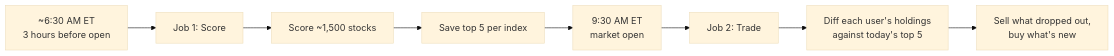
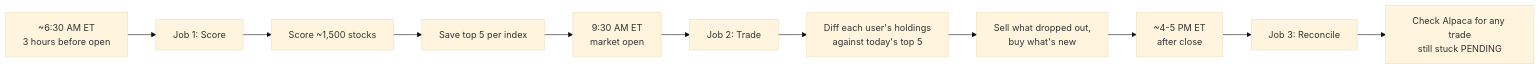
One commit to shivam-tamboli/momentum-trading-system changed the second of 5 diagrams in ARCHITECTURE.md. Above: the diagram before and after it, drawn with Mermaid (base theme). The commit also changed other lines of this file and 1 other file, not shown here.

Commit message:
docs: update README and ARCHITECTURE with latest changes

````diff
--- a/ARCHITECTURE.md
+++ b/ARCHITECTURE.md
@@ -27,10 +27,13 @@
 ```mermaid
 flowchart LR
     A["~6:30 AM ET<br/>3 hours before open"] --> B[Job 1: Score]
     B --> C[Score ~1,500 stocks]
     C --> D[Save top 5 per index]
     D --> E["9:30 AM ET<br/>market open"]
     E --> F[Job 2: Trade]
     F --> G[Diff each user's holdings<br/>against today's top 5]
     G --> H[Sell what dropped out,<br/>buy what's new]
+    H --> I["~4-5 PM ET<br/>after close"]
+    I --> J[Job 3: Reconcile]
+    J --> K[Check Alpaca for any trade<br/>still stuck PENDING]
 ```
````
